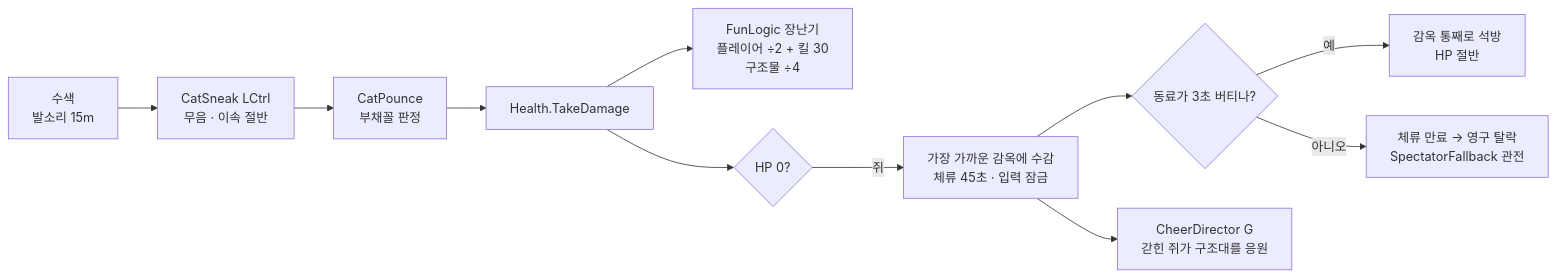
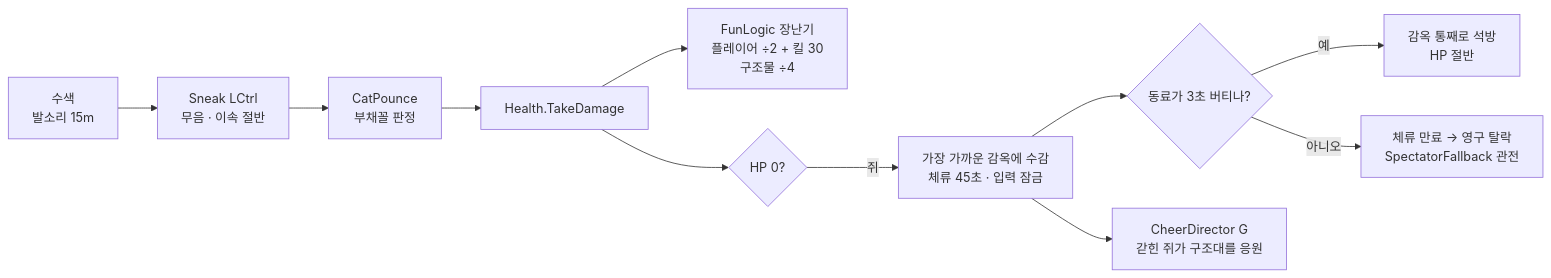
The third of 14 diagrams in CTC/docs/design-vault/코드 다이어그램.md (JeahanPark/The-Cheese-Thief-and-the-Cat), drawn with Mermaid before and after one commit. The commit also changed other lines of this file and 23 other files, not shown here.

````diff
--- a/CTC/docs/design-vault/코드 다이어그램.md
+++ b/CTC/docs/design-vault/코드 다이어그램.md
@@ -49,13 +49,13 @@
 ```mermaid
 flowchart LR
-    Hunt[수색<br/>발소리 15m] --> Sneak[CatSneak LCtrl<br/>무음 · 이속 절반]
+    Hunt[수색<br/>발소리 15m] --> Sneak[Sneak LCtrl<br/>무음 · 이속 절반]
     Sneak --> Pounce[CatPounce<br/>부채꼴 판정]
     Pounce --> Dmg[Health.TakeDamage]
     Dmg --> Fun[FunLogic 장난기<br/>플레이어 ÷2 + 킬 30<br/>구조물 ÷4]
     Dmg --> Dead{HP 0?}
     Dead -->|쥐| Jail[가장 가까운 감옥에 수감<br/>체류 45초 · 입력 잠금]
     Jail --> Rescue{동료가 3초 버티나?}
     Rescue -->|예| Free[감옥 통째로 석방<br/>HP 절반]
     Rescue -->|아니오| Out[체류 만료 → 영구 탈락<br/>SpectatorFallback 관전]
     Jail --> Cheer[CheerDirector G<br/>갇힌 쥐가 구조대를 응원]
 ```
````
